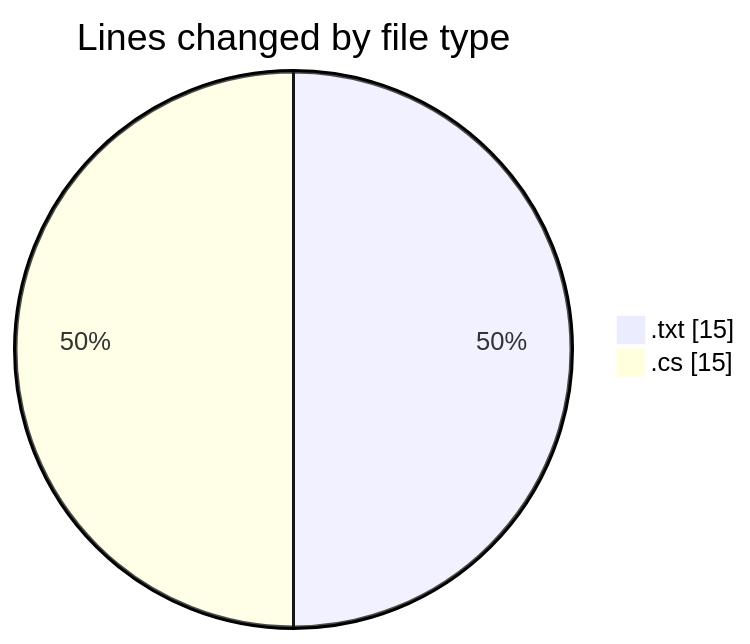
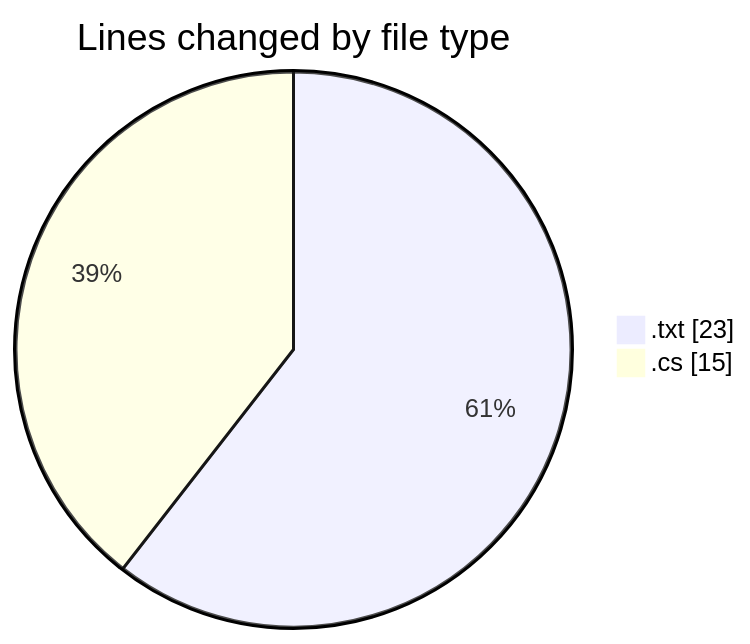
Before and after one commit to lephambinh05/code-tracking: the first of 2 diagrams in 2025-07-27/quanlyrapchieuphim-1/README.md, drawn with Mermaid. The commit also changed other lines of this file and 1 other file, not shown here.

````diff
--- a/2025-07-27/quanlyrapchieuphim-1/README.md
+++ b/2025-07-27/quanlyrapchieuphim-1/README.md
@@ -21,6 +21,6 @@
 ```mermaid
 pie showData
 title Lines changed by file type
-".txt" : 15
+".txt" : 23
 ".cs" : 15
 ```
````
